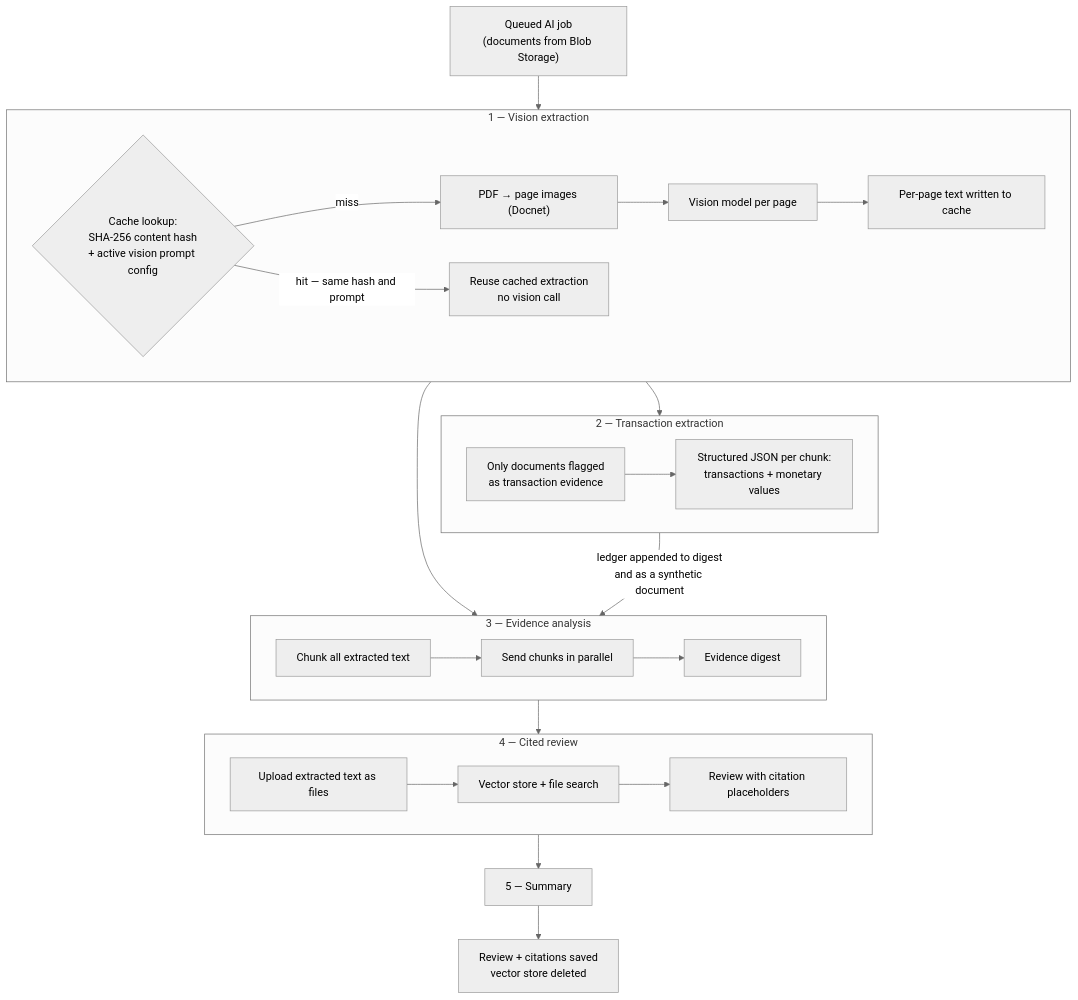
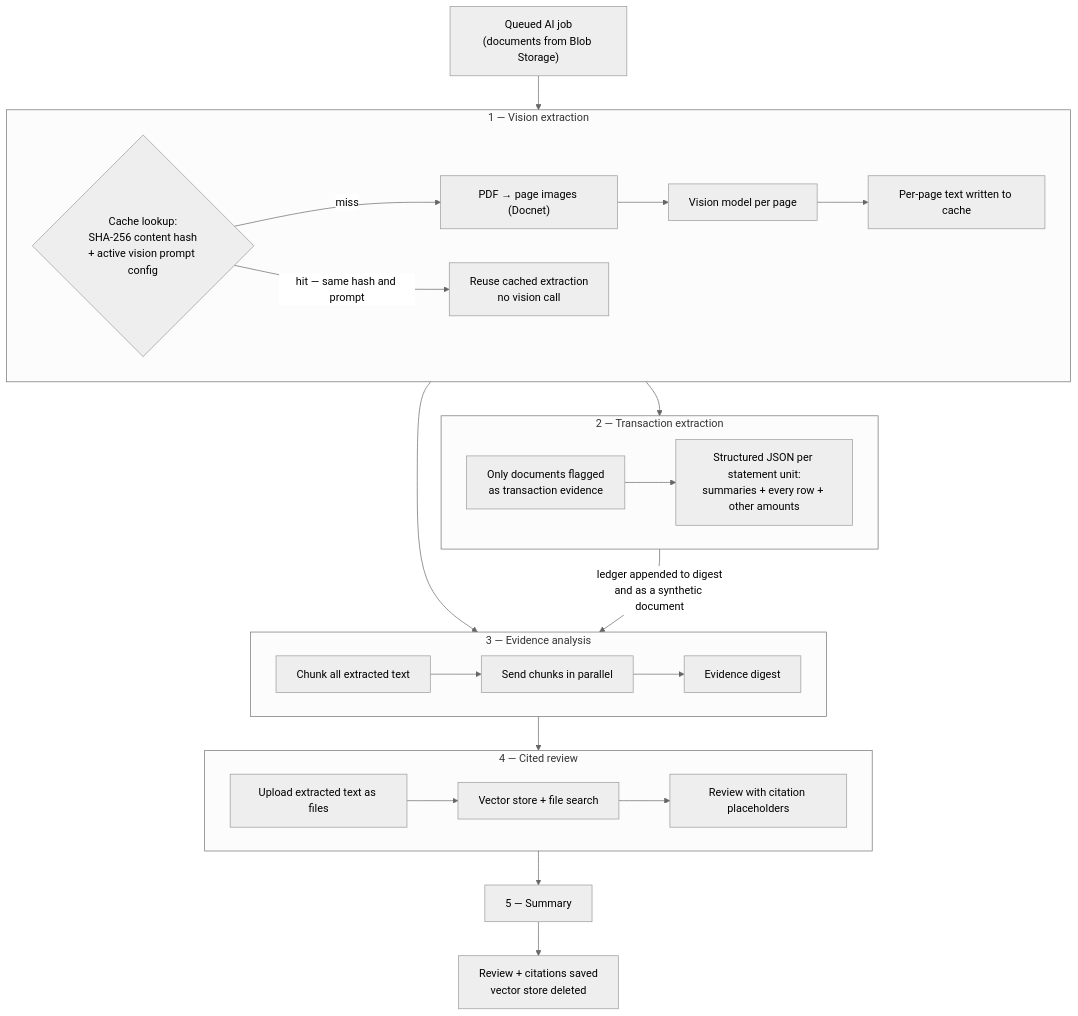
One commit to American-Arbitration-Association/DIVERTCheck changed the diagram in docs/AI-FLOW.md. Above: the diagram before and after it, drawn with Mermaid (neutral theme). The commit also changed other lines of this file and 18 other files, not shown here.

````diff
--- a/docs/AI-FLOW.md
+++ b/docs/AI-FLOW.md
@@ -21,44 +21,44 @@
 ```mermaid
 flowchart TB
     START["Queued AI job<br/>(documents from Blob Storage)"]
 
     subgraph s1["1 — Vision extraction"]
         V0{"Cache lookup:<br/>SHA-256 content hash<br/>+ active vision prompt config"}
         V1["PDF → page images (Docnet)"]
         V2["Vision model per page"]
         V3["Per-page text written to cache"]
         V4["Reuse cached extraction<br/>no vision call"]
         V0 -->|"miss"| V1 --> V2 --> V3
         V0 -->|"hit — same hash and prompt"| V4
     end
 
     subgraph s2["2 — Transaction extraction"]
         T1["Only documents flagged<br/>as transaction evidence"]
-        T2["Structured JSON per chunk:<br/>transactions + monetary values"]
+        T2["Structured JSON per statement unit:<br/>summaries + every row + other amounts"]
         T1 --> T2 
     end
 
     subgraph s3["3 — Evidence analysis"]
         C1["Chunk all extracted text"]
         C2["Send chunks in parallel"]
         C3["Evidence digest"]
         C1 --> C2 --> C3
     end
 
     subgraph s4["4 — Cited review"]
         R1["Upload extracted text as files"]
         R2["Vector store + file search"]
         R3["Review with citation placeholders"]
         R1 --> R2 --> R3
     end
 
     SUM["5 — Summary"]
     DONE["Review + citations saved<br/>vector store deleted"]
 
     START --> s1
     s1 --> s2
     s1 --> s3
     s2 -->|"ledger appended to digest<br/>and as a synthetic document"| s3
     s3 --> s4
     s4 --> SUM --> DONE
 ```
````
